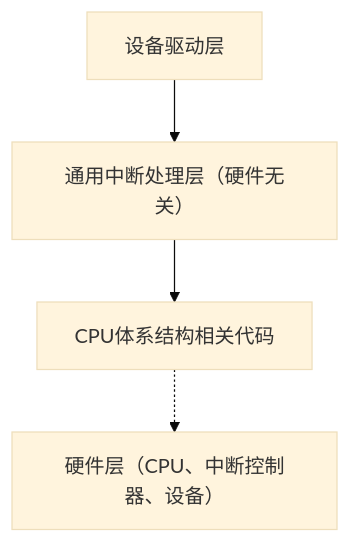
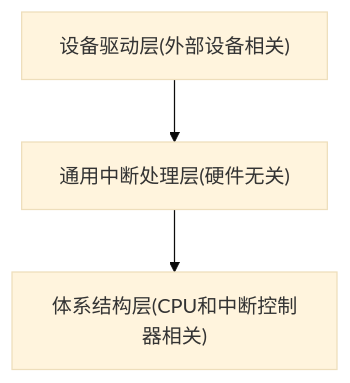
Before and after one commit to ZouTaooo/kernel-blogs: the diagram in docs/interrupt/interrupt-base.md, drawn with Mermaid (base theme). The commit also changed other lines of this file and 15 other files, not shown here.

````diff
--- a/docs/interrupt/interrupt-base.md
+++ b/docs/interrupt/interrupt-base.md
@@ -28,4 +28,4 @@
 ```mermaid
 graph TB
-A[设备驱动层] --> B["通用中断处理层（硬件无关）"] --> C[CPU体系结构相关代码] -.-> D[硬件层（CPU、中断控制器、设备）]
+A["设备驱动层(外部设备相关)"] --> B["通用中断处理层(硬件无关)"] --> C["体系结构层(CPU和中断控制器相关)"]
 ```
````
